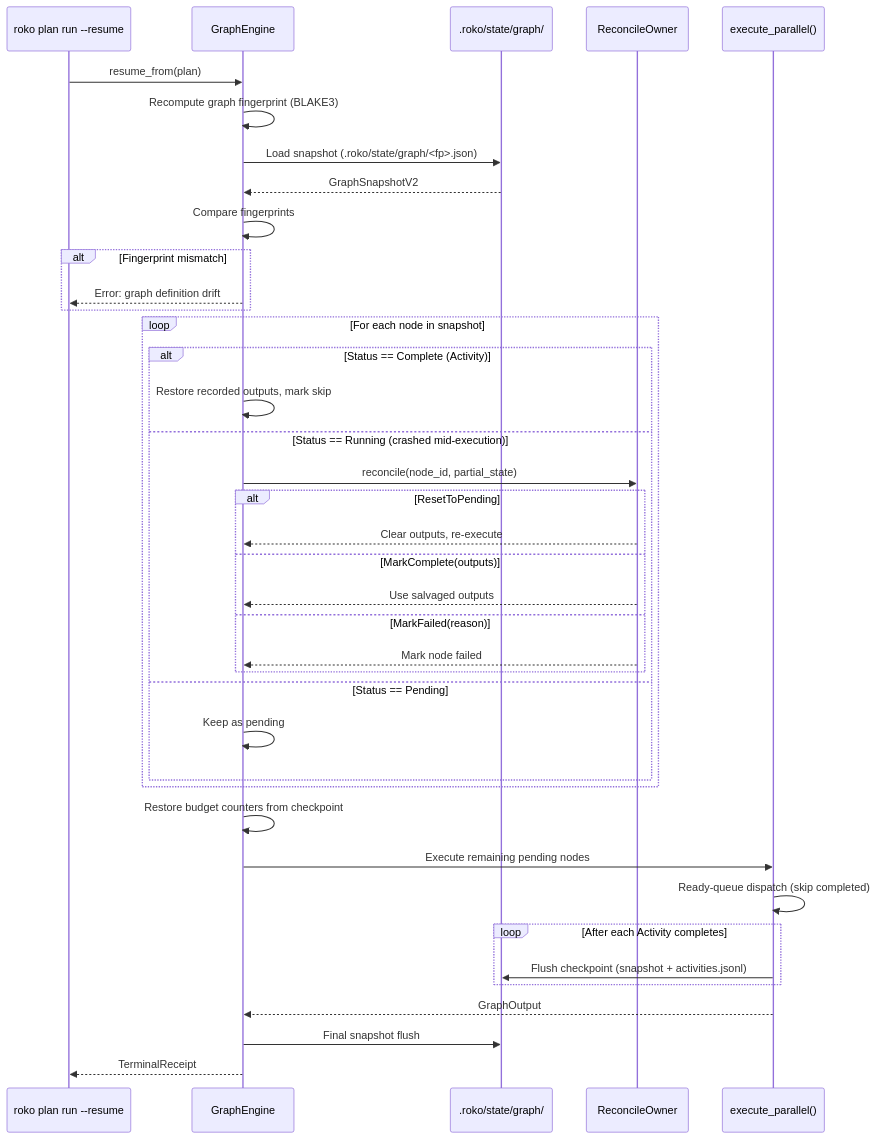
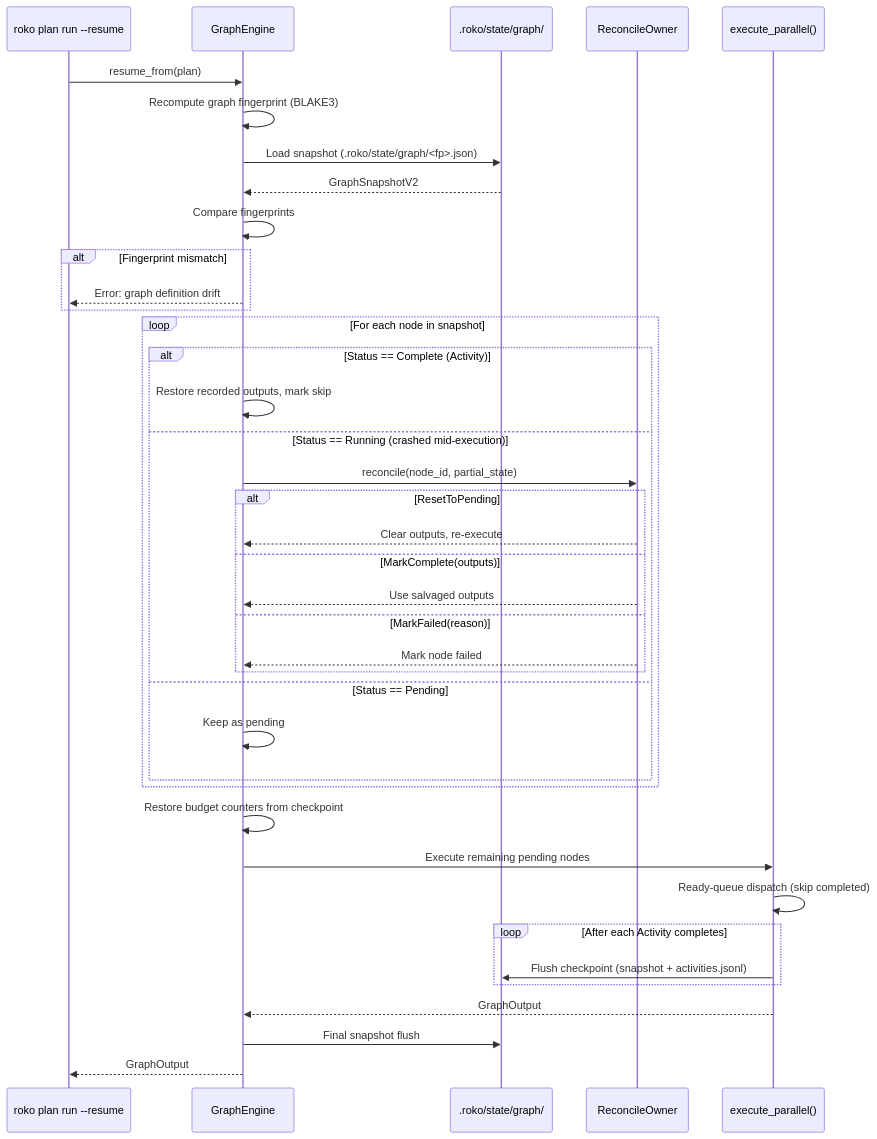
Before and after one commit to wpank/roko: the fifth of 6 diagrams in docs/v3/03-GRAPH.md, drawn with Mermaid. The commit also changed other lines of this file and 22 other files, not shown here.

First line of the commit message:
graph: delete the never-compiled finally controller and stop docs calling it wired

````diff
--- a/docs/v3/03-GRAPH.md
+++ b/docs/v3/03-GRAPH.md
@@ -650,47 +650,47 @@
 ```mermaid
 sequenceDiagram
     participant CLI as roko plan run --resume
     participant Engine as GraphEngine
     participant Disk as .roko/state/graph/
     participant Recon as ReconcileOwner
     participant Exec as execute_parallel()
 
     CLI->>Engine: resume_from(plan)
     Engine->>Engine: Recompute graph fingerprint (BLAKE3)
     Engine->>Disk: Load snapshot (.roko/state/graph/<fp>.json)
     Disk-->>Engine: GraphSnapshotV2
 
     Engine->>Engine: Compare fingerprints
     alt Fingerprint mismatch
         Engine-->>CLI: Error: graph definition drift
     end
 
     loop For each node in snapshot
         alt Status == Complete (Activity)
             Engine->>Engine: Restore recorded outputs, mark skip
         else Status == Running (crashed mid-execution)
             Engine->>Recon: reconcile(node_id, partial_state)
             alt ResetToPending
                 Recon-->>Engine: Clear outputs, re-execute
             else MarkComplete(outputs)
                 Recon-->>Engine: Use salvaged outputs
             else MarkFailed(reason)
                 Recon-->>Engine: Mark node failed
             end
         else Status == Pending
             Engine->>Engine: Keep as pending
         end
     end
 
     Engine->>Engine: Restore budget counters from checkpoint
     Engine->>Exec: Execute remaining pending nodes
     Exec->>Exec: Ready-queue dispatch (skip completed)
 
     loop After each Activity completes
         Exec->>Disk: Flush checkpoint (snapshot + activities.jsonl)
     end
 
     Exec-->>Engine: GraphOutput
     Engine->>Disk: Final snapshot flush
-    Engine-->>CLI: TerminalReceipt
+    Engine-->>CLI: GraphOutput
 ```
````
